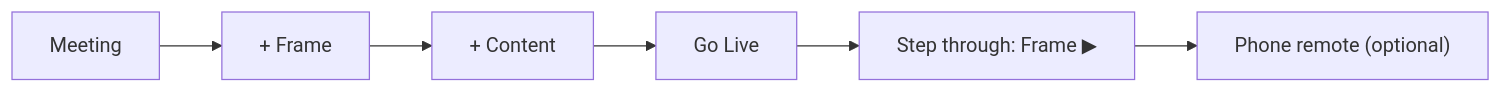
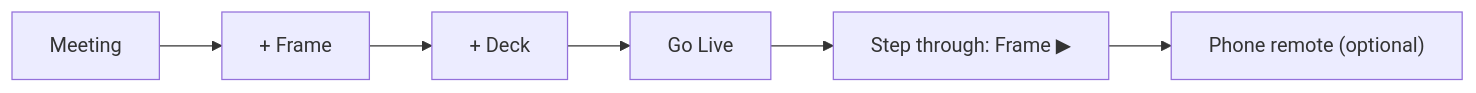
Before and after one commit to mshobin/FrameDecks: the diagram in docs/guide/getting-started.md, drawn with Mermaid. The commit also changed other lines of this file and 77 other files, not shown here.

````diff
--- a/docs/guide/getting-started.md
+++ b/docs/guide/getting-started.md
@@ -35,8 +35,8 @@
 ```mermaid
 flowchart LR
   A["Meeting"] --> B["+ Frame"]
-  B --> C["+ Content"]
+  B --> C["+ Deck"]
   C --> D["Go Live"]
   D --> E["Step through: Frame ▶"]
   E --> F["Phone remote (optional)"]
 ```
````
